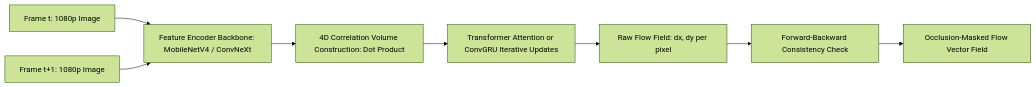
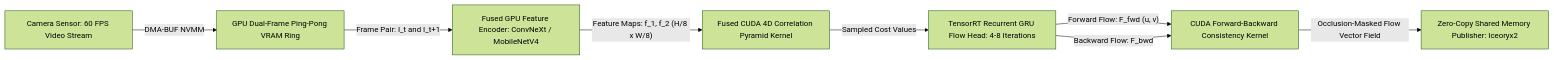
One commit to sergiomh499/cv-projects changed the first of 2 diagrams in topics/optical-and-scene-flow-perception/02-production-pipeline-and-workarounds.md. Above: the diagram before and after it, drawn with Mermaid (forest theme). The commit also changed other lines of this file and 41 other files, not shown here.

Commit message:
docs(vault): deep expansion across 20 topic production pipelines, 2025-2026 architectures (RF-DETR, Qwen2.5-VL, MambaVision), and complete taxonomy matrices

````diff
--- a/topics/optical-and-scene-flow-perception/02-production-pipeline-and-workarounds.md
+++ b/topics/optical-and-scene-flow-perception/02-production-pipeline-and-workarounds.md
@@ -27,10 +34,10 @@
 ```mermaid
 flowchart LR
-    FrameT["Frame t: 1080p Image"] --> Backbone["Feature Encoder Backbone: MobileNetV4 / ConvNeXt"]
-    FrameT1["Frame t+1: 1080p Image"] --> Backbone
-    Backbone --> CorrVol["4D Correlation Volume Construction: Dot Product"]
-    CorrVol --> Matching["Transformer Attention or ConvGRU Iterative Updates"]
-    Matching --> FlowField["Raw Flow Field: dx, dy per pixel"]
-    FlowField --> OcclusionGate["Forward-Backward Consistency Check"]
-    OcclusionGate --> FilteredFlow["Occlusion-Masked Flow Vector Field"]
+    Sensor["Camera Sensor: 60 FPS Video Stream"] -->|"DMA-BUF NVMM"| FrameRing["GPU Dual-Frame Ping-Pong VRAM Ring"]
+    FrameRing -->|"Frame Pair: I_t and I_t+1"| Backbone["Fused GPU Feature Encoder: ConvNeXt / MobileNetV4"]
+    Backbone -->|"Feature Maps: f_1, f_2 (H/8 x W/8)"| CorrVol["Fused CUDA 4D Correlation Pyramid Kernel"]
+    CorrVol -->|"Sampled Cost Values"| IterGRU["TensorRT Recurrent GRU Flow Head: 4-8 Iterations"]
+    IterGRU -->|"Forward Flow: F_fwd (u, v)"| Consistency["CUDA Forward-Backward Consistency Kernel"]
+    IterGRU -->|"Backward Flow: F_bwd"| Consistency
+    Consistency -->|"Occlusion-Masked Flow Vector Field"| IPC["Zero-Copy Shared Memory Publisher: Iceoryx2"]
 ```
````
